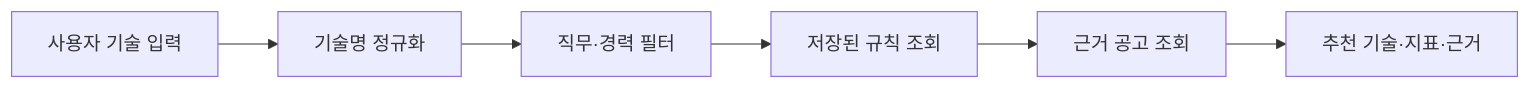
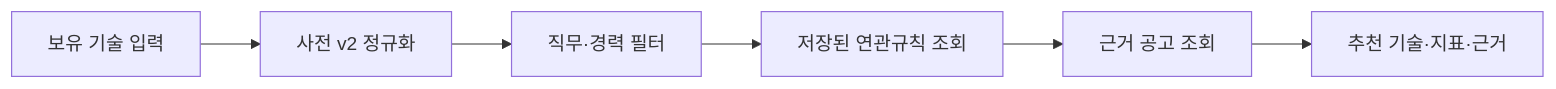
The first of 2 diagrams in README.md (k0ng-min/2026_bigdata_JobGuts), drawn with Mermaid before and after one commit. The commit also changed other lines of this file and 41 other files, not shown here.

````diff
--- a/README.md
+++ b/README.md
@@ -31,8 +22,8 @@
 ```mermaid
 flowchart LR
-    U[사용자 기술 입력] --> N[기술명 정규화]
-    N --> F[직무·경력 필터]
-    F --> R[저장된 규칙 조회]
-    R --> E[근거 공고 조회]
-    E --> O[추천 기술·지표·근거]
+    A[보유 기술 입력] --> B[사전 v2 정규화]
+    B --> C[직무·경력 필터]
+    C --> D[저장된 연관규칙 조회]
+    D --> E[근거 공고 조회]
+    E --> F[추천 기술·지표·근거]
 ```
````
